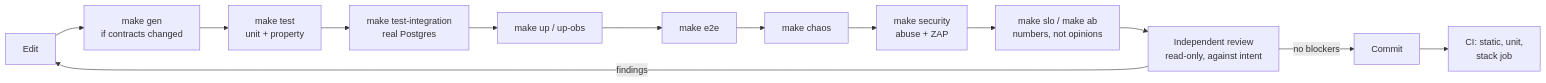
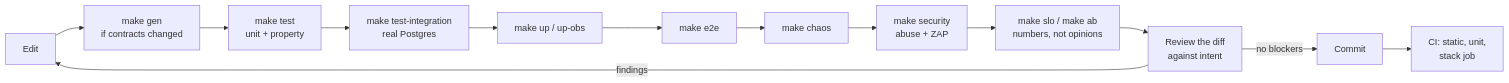
Before and after one commit to nguyenhoangnam123/99tech-namnguyen-devops-challenge: the fourth of 7 diagrams in src/problem1/docs/DEVELOPMENT.md, drawn with Mermaid. The commit also changed 3 other files, not shown here.

````diff
--- a/src/problem1/docs/DEVELOPMENT.md
+++ b/src/problem1/docs/DEVELOPMENT.md
@@ -163,15 +163,15 @@
 ```mermaid
 flowchart LR
   edit[Edit] --> gen[make gen<br/>if contracts changed]
   gen --> unit[make test<br/>unit + property]
   unit --> integ[make test-integration<br/>real Postgres]
   integ --> up[make up / up-obs]
   up --> e2e[make e2e]
   e2e --> chaos[make chaos]
   chaos --> sec[make security<br/>abuse + ZAP]
   sec --> perf[make slo / make ab<br/>numbers, not opinions]
-  perf --> review[Independent review<br/>read-only, against intent]
+  perf --> review[Review the diff<br/>against intent]
   review -->|findings| edit
   review -->|no blockers| commit[Commit]
   commit --> ci[CI: static, unit,<br/>stack job]
 ```
````
